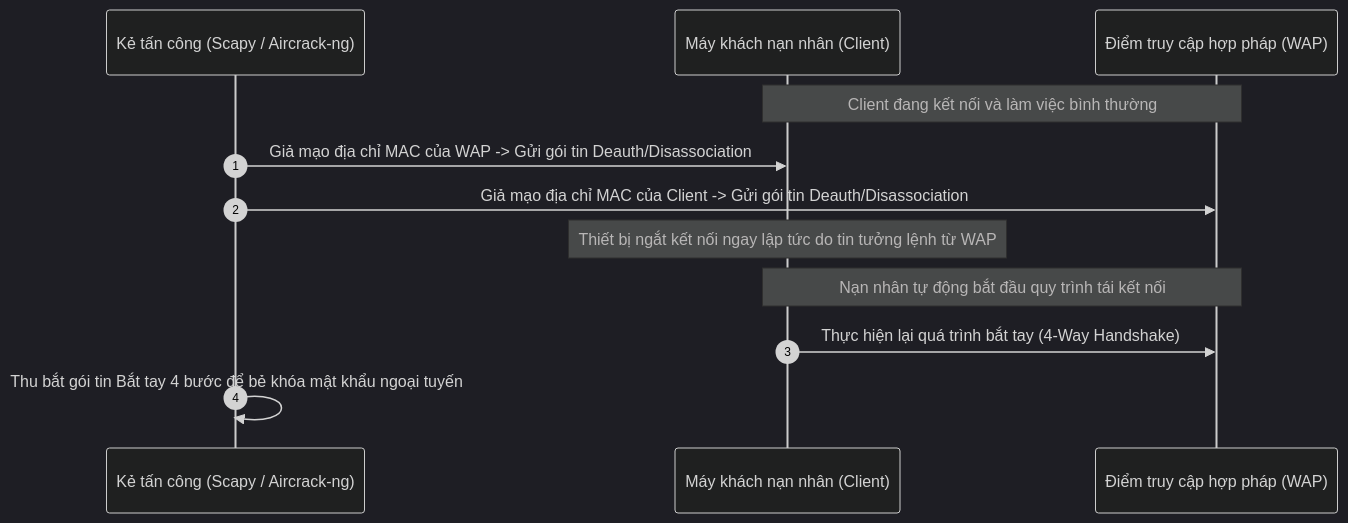
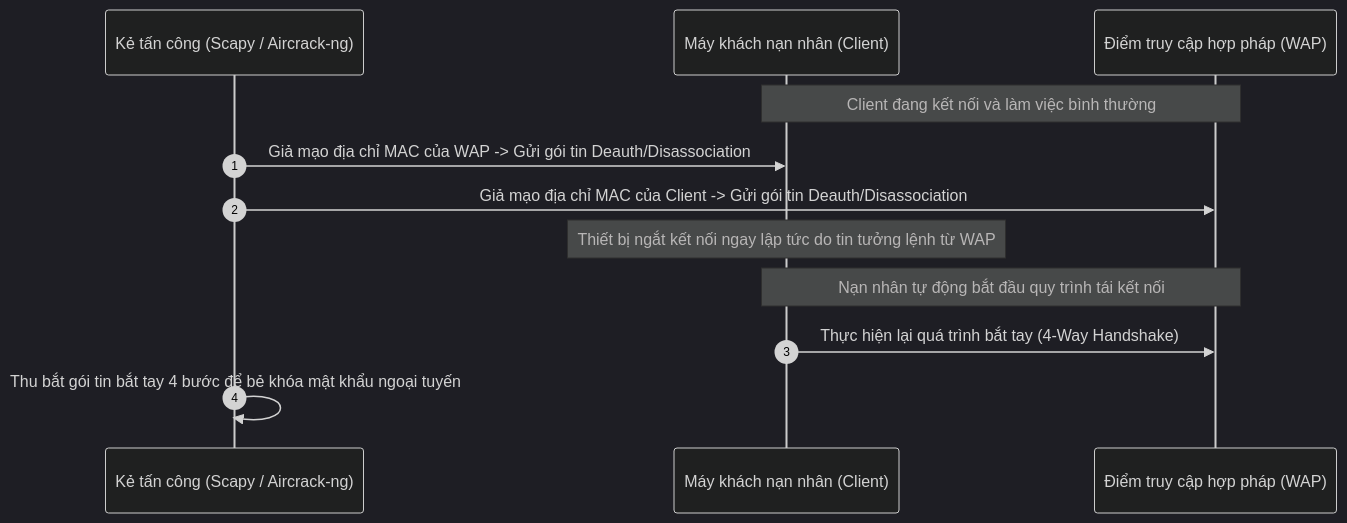
The fourth of 4 diagrams in Junior Cybersecurity Analyst/3. Introduction to Networking/15. Wireless Networks.md (phattvh/HackTheBox_Translate), drawn with Mermaid (dark theme) before and after one commit. The commit also changed other lines of this file and 5 other files, not shown here.

````diff
--- a/Junior Cybersecurity Analyst/3. Introduction to Networking/15. Wireless Networks.md
+++ b/Junior Cybersecurity Analyst/3. Introduction to Networking/15. Wireless Networks.md
@@ -170,15 +170,15 @@
 ```mermaid
 sequenceDiagram
     autonumber
     participant Attacker as Kẻ tấn công (Scapy / Aircrack-ng)
     participant Client as Máy khách nạn nhân (Client)
     participant WAP as Điểm truy cập hợp pháp (WAP)
 
     Note over Client,WAP: Client đang kết nối và làm việc bình thường
     Attacker->>Client: Giả mạo địa chỉ MAC của WAP -> Gửi gói tin Deauth/Disassociation
     Attacker->>WAP: Giả mạo địa chỉ MAC của Client -> Gửi gói tin Deauth/Disassociation
     Note over Client: Thiết bị ngắt kết nối ngay lập tức do tin tưởng lệnh từ WAP
     Note over Client,WAP: Nạn nhân tự động bắt đầu quy trình tái kết nối
     Client->>WAP: Thực hiện lại quá trình bắt tay (4-Way Handshake)
-    Attacker->>Attacker: Thu bắt gói tin Bắt tay 4 bước để bẻ khóa mật khẩu ngoại tuyến
+    Attacker->>Attacker: Thu bắt gói tin bắt tay 4 bước để bẻ khóa mật khẩu ngoại tuyến
 ```
````
